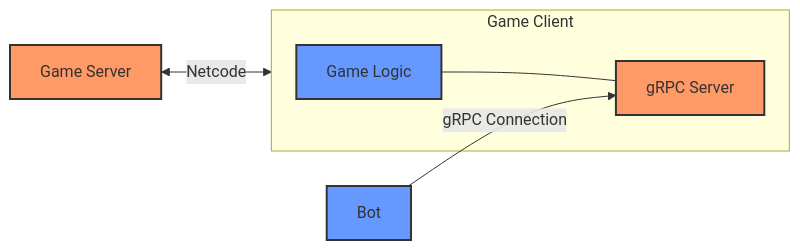
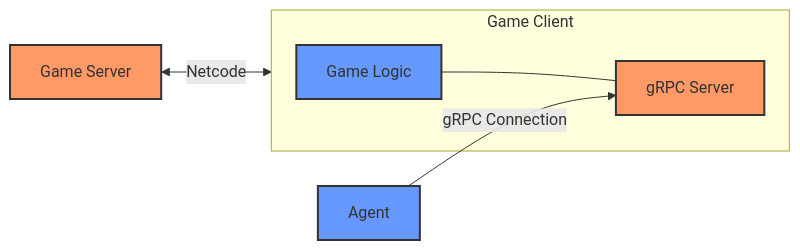
The diagram in README.md (dratzke/omnia_hackathon_2), drawn with Mermaid before and after one commit. The commit also changed other lines of this file and 12 other files, not shown here.

````diff
--- a/README.md
+++ b/README.md
@@ -22,18 +22,18 @@
 ```mermaid
 flowchart LR
     GS[Game Server] <-->|Netcode| GC
 
     subgraph GC[Game Client]
         GAME_LOGIC[Game Logic]
         GRPC_SERVER[gRPC Server]
         GAME_LOGIC --- GRPC_SERVER
     end
 
-    BOT[Bot] -->|gRPC Connection| GRPC_SERVER
+    Agent[Agent] -->|gRPC Connection| GRPC_SERVER
 
     %% Styling
     classDef server fill:#f96,stroke:#333,stroke-width:2px;
     classDef client fill:#69f,stroke:#333,stroke-width:2px;
     class GS,GRPC_SERVER server;
-    class GAME_LOGIC,BOT client;
+    class GAME_LOGIC,Agent client;
  ```
````
